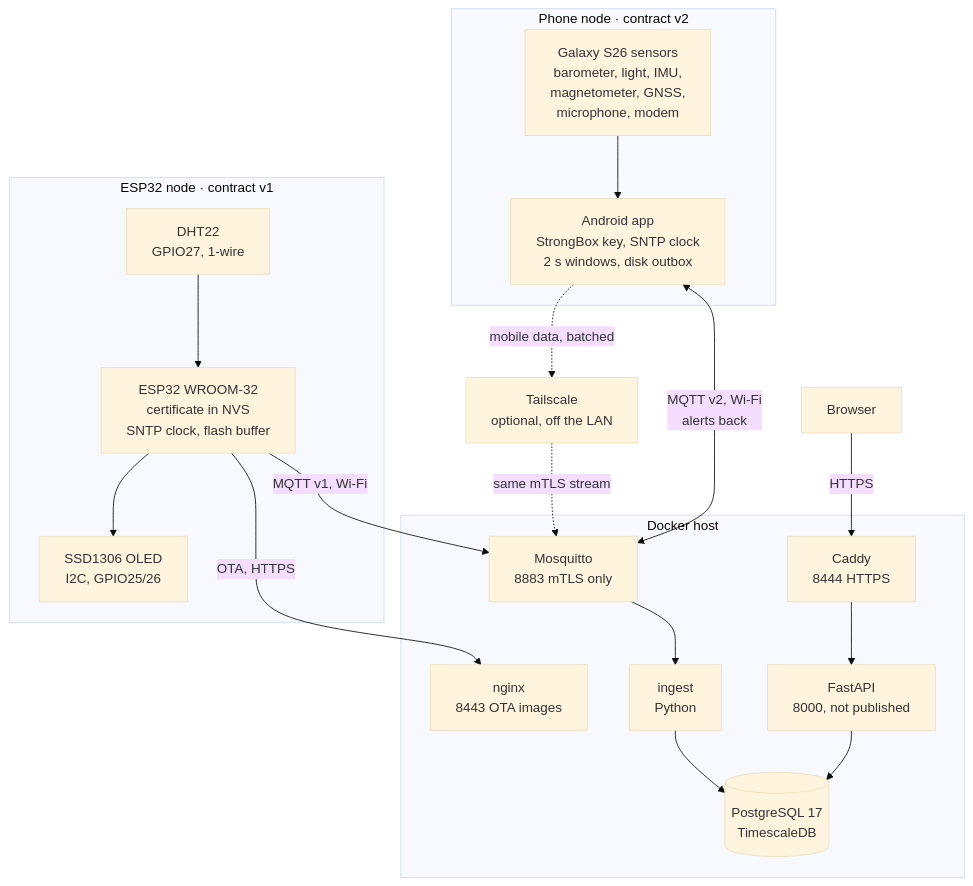
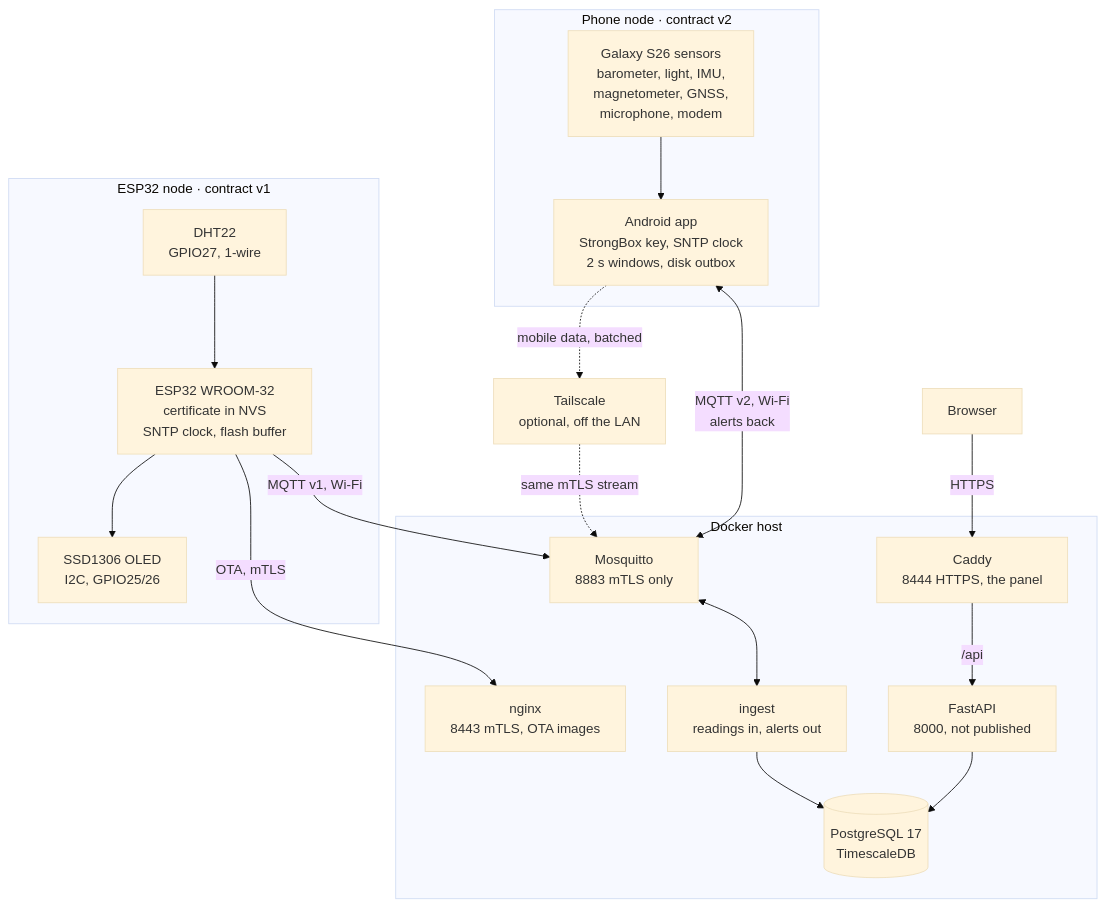
The first of 5 diagrams in README.md (Zoel-Manchon/psychron), drawn with Mermaid (base theme) before and after one commit. The commit also changed other lines of this file and 3 other files, not shown here.

First line of the commit message:
Bring the README and its diagrams in line with the system as built

````diff
--- a/README.md
+++ b/README.md
@@ -33,41 +33,41 @@
 ```mermaid
 flowchart TB
     BROWSER["Browser"]
 
     subgraph phone["Phone node · contract v2"]
         SNS["Galaxy S26 sensors<br/>barometer, light, IMU,<br/>magnetometer, GNSS,<br/>microphone, modem"]
         APP["Android app<br/>StrongBox key, SNTP clock<br/>2 s windows, disk outbox"]
         SNS --> APP
     end
 
     TUN["Tailscale<br/>optional, off the LAN"]
 
     subgraph esp["ESP32 node · contract v1"]
         DHT["DHT22<br/>GPIO27, 1-wire"]
         ESP["ESP32 WROOM-32<br/>certificate in NVS<br/>SNTP clock, flash buffer"]
         OLED["SSD1306 OLED<br/>I2C, GPIO25/26"]
         DHT --> ESP
         ESP --> OLED
     end
 
     subgraph host["Docker host"]
-        WEB["Caddy<br/>8444 HTTPS"]
+        WEB["Caddy<br/>8444 HTTPS, the panel"]
         BRK["Mosquitto<br/>8883 mTLS only"]
-        FW["nginx<br/>8443 OTA images"]
+        FW["nginx<br/>8443 mTLS, OTA images"]
         API["FastAPI<br/>8000, not published"]
-        ING["ingest<br/>Python"]
+        ING["ingest<br/>readings in, alerts out"]
         DB[("PostgreSQL 17<br/>TimescaleDB")]
-        WEB --> API
-        BRK --> ING
+        WEB -->|"/api"| API
+        BRK <--> ING
         BRK ~~~ FW
         API --> DB
         ING --> DB
     end
 
     BROWSER -->|"HTTPS"| WEB
     APP <-->|"MQTT v2, Wi-Fi<br/>alerts back"| BRK
     APP -.->|"mobile data, batched"| TUN
     TUN -.->|"same mTLS stream"| BRK
     ESP -->|"MQTT v1, Wi-Fi"| BRK
-    ESP -->|"OTA, HTTPS"| FW
+    ESP -->|"OTA, mTLS"| FW
 ```
````
